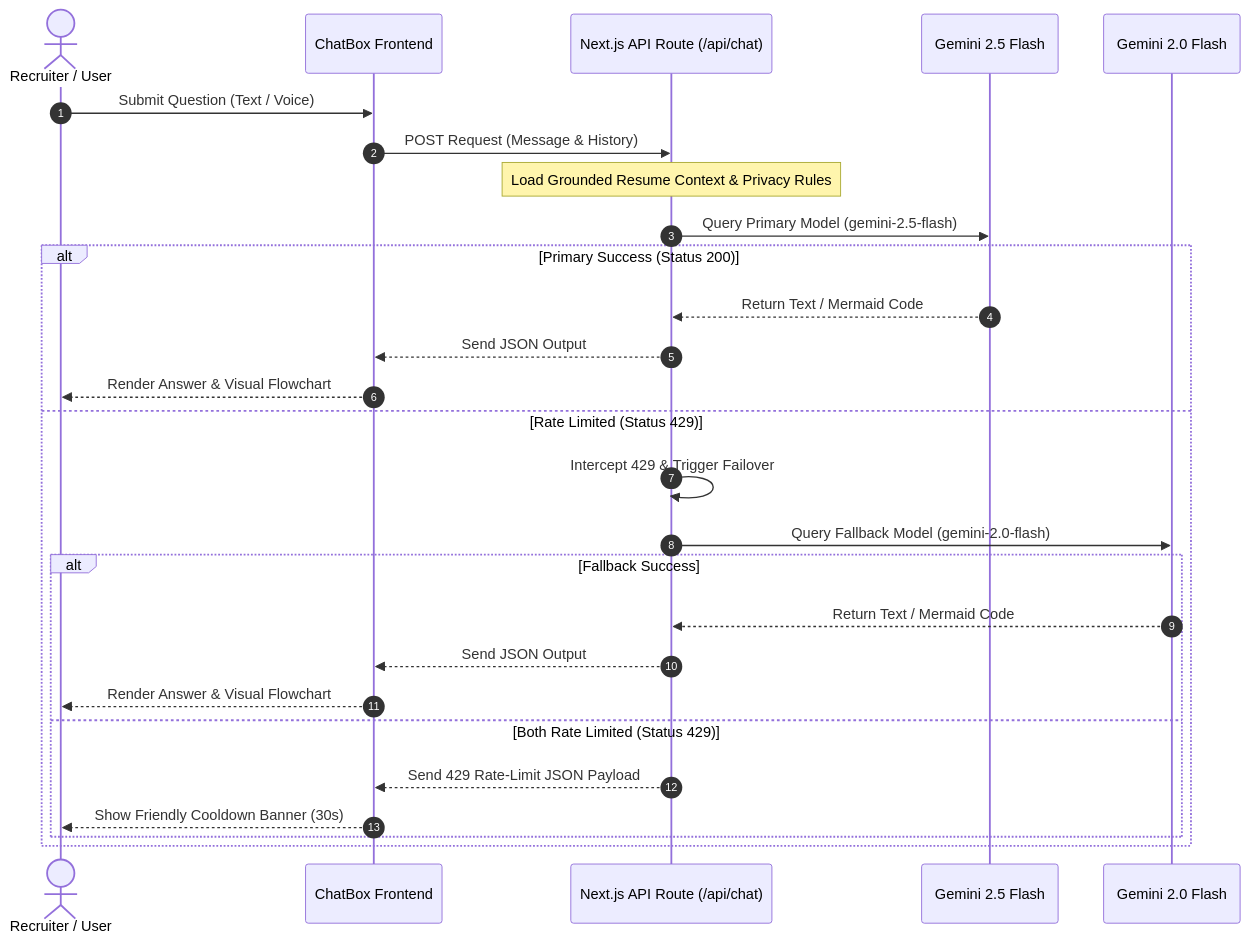
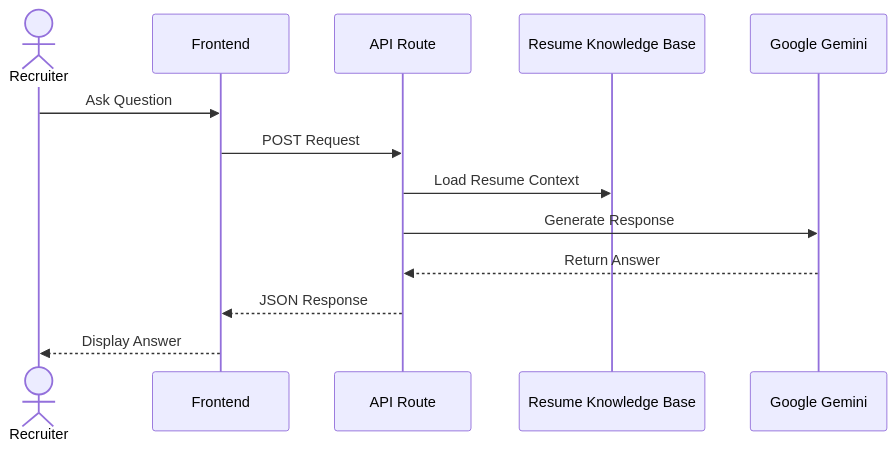
The second of 2 diagrams in README.md (sivad5712/Siva_Ai_Resume_Chatbot), drawn with Mermaid before and after one commit. The commit also changed other lines of this file, not shown here.

Commit message:
Update README.md with the exact user-specified elite template

````diff
--- a/README.md
+++ b/README.md
@@ -36,31 +101,18 @@
 ```mermaid
 sequenceDiagram
-    autonumber
-    actor Recruiter as Recruiter / User
-    participant UI as ChatBox Frontend
-    participant Server as Next.js API Route (/api/chat)
-    participant Primary as Gemini 2.5 Flash
-    participant Fallback as Gemini 2.0 Flash
 
-    Recruiter->>UI: Submit Question (Text / Voice)
-    UI->>Server: POST Request (Message & History)
-    Note over Server: Load Grounded Resume Context & Privacy Rules
-    Server->>Primary: Query Primary Model (gemini-2.5-flash)
-    
-    alt Primary Success (Status 200)
-        Primary-->>Server: Return Text / Mermaid Code
-        Server-->>UI: Send JSON Output
-        UI-->>Recruiter: Render Answer & Visual Flowchart
-    else Rate Limited (Status 429)
-        Server->>Server: Intercept 429 & Trigger Failover
-        Server->>Fallback: Query Fallback Model (gemini-2.0-flash)
-        alt Fallback Success
-            Fallback-->>Server: Return Text / Mermaid Code
-            Server-->>UI: Send JSON Output
-            UI-->>Recruiter: Render Answer & Visual Flowchart
-        else Both Rate Limited (Status 429)
-            Server-->>UI: Send 429 Rate-Limit JSON Payload
-            UI-->>Recruiter: Show Friendly Cooldown Banner (30s)
-        end
-    end
+actor Recruiter
+
+participant UI as Frontend
+participant API as API Route
+participant KB as Resume Knowledge Base
+participant Gemini as Google Gemini
+
+Recruiter->>UI: Ask Question
+UI->>API: POST Request
+API->>KB: Load Resume Context
+API->>Gemini: Generate Response
+Gemini-->>API: Return Answer
+API-->>UI: JSON Response
+UI-->>Recruiter: Display Answer
 ```
````
